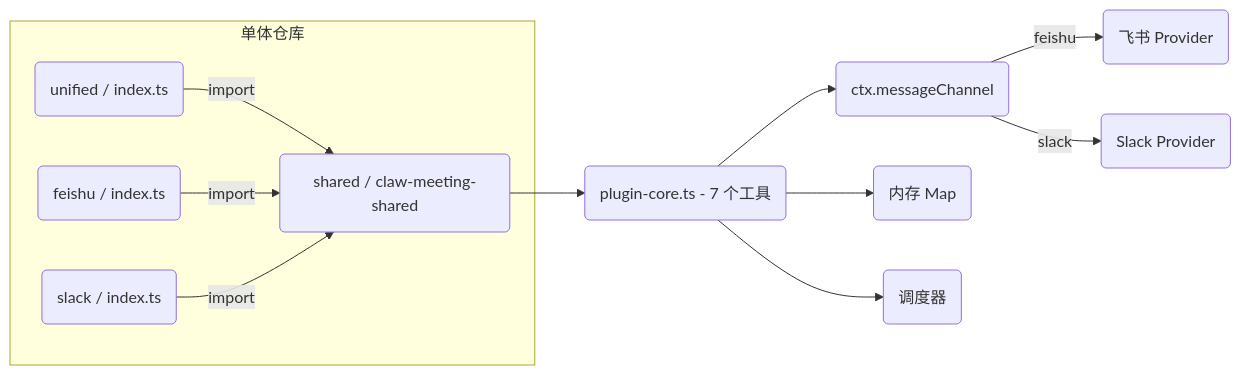
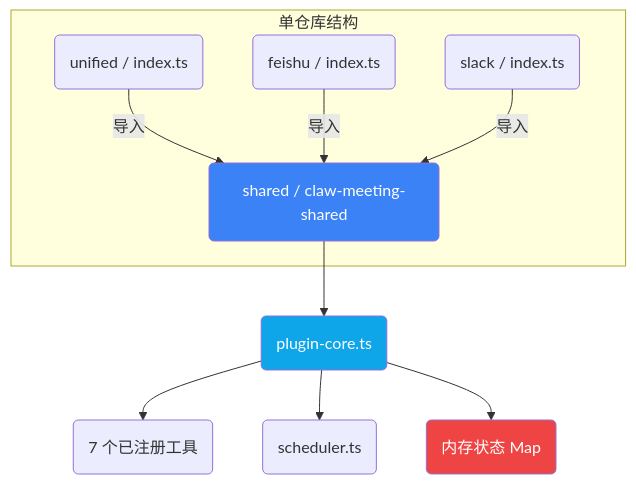
One commit to javana3/claw_meeting_all changed the first of 13 diagrams in README.zh-CN.md. Above: the diagram before and after it, drawn with Mermaid. The commit also changed other lines of this file and 4 other files, not shown here.

First line of the commit message:
docs: rewrite all 5 READMEs with detailed Plugin/Skill flow + diff

````diff
--- a/README.zh-CN.md
+++ b/README.zh-CN.md
@@ -53,20 +31,22 @@
 ```mermaid
-graph LR
-    subgraph "单体仓库"
+graph TD
+    subgraph "单仓库结构"
         SHARED(shared / claw-meeting-shared)
         UNI(unified / index.ts)
         FEI(feishu / index.ts)
         SLK(slack / index.ts)
     end
 
-    UNI -->|import| SHARED
-    FEI -->|import| SHARED
-    SLK -->|import| SHARED
+    UNI -->|导入| SHARED
+    FEI -->|导入| SHARED
+    SLK -->|导入| SHARED
 
-    SHARED --> CORE(plugin-core.ts - 7 个工具)
-    CORE --> ROUTER(ctx.messageChannel)
-    ROUTER -->|feishu| LP(飞书 Provider)
-    ROUTER -->|slack| SP(Slack Provider)
-    CORE --> MEM(内存 Map)
-    CORE --> SCH(调度器)
+    SHARED --> CORE(plugin-core.ts)
+    CORE --> TOOLS(7 个已注册工具)
+    CORE --> SCHED(scheduler.ts)
+    CORE --> STATE(内存状态 Map)
+
+    style SHARED fill:#3b82f6,color:#fff
+    style CORE fill:#0ea5e9,color:#fff
+    style STATE fill:#ef4444,color:#fff
 ```
````
